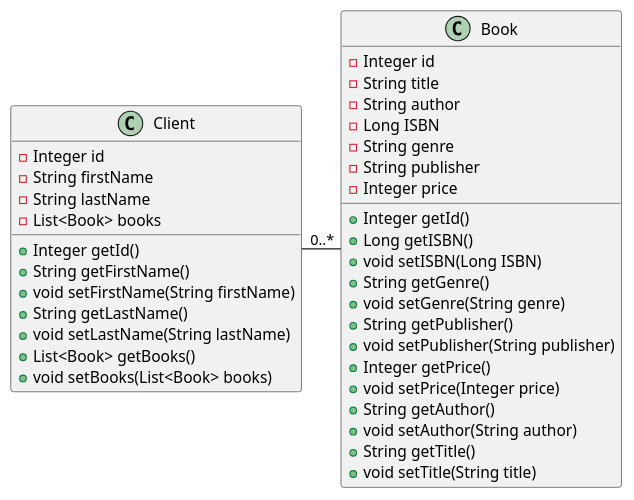
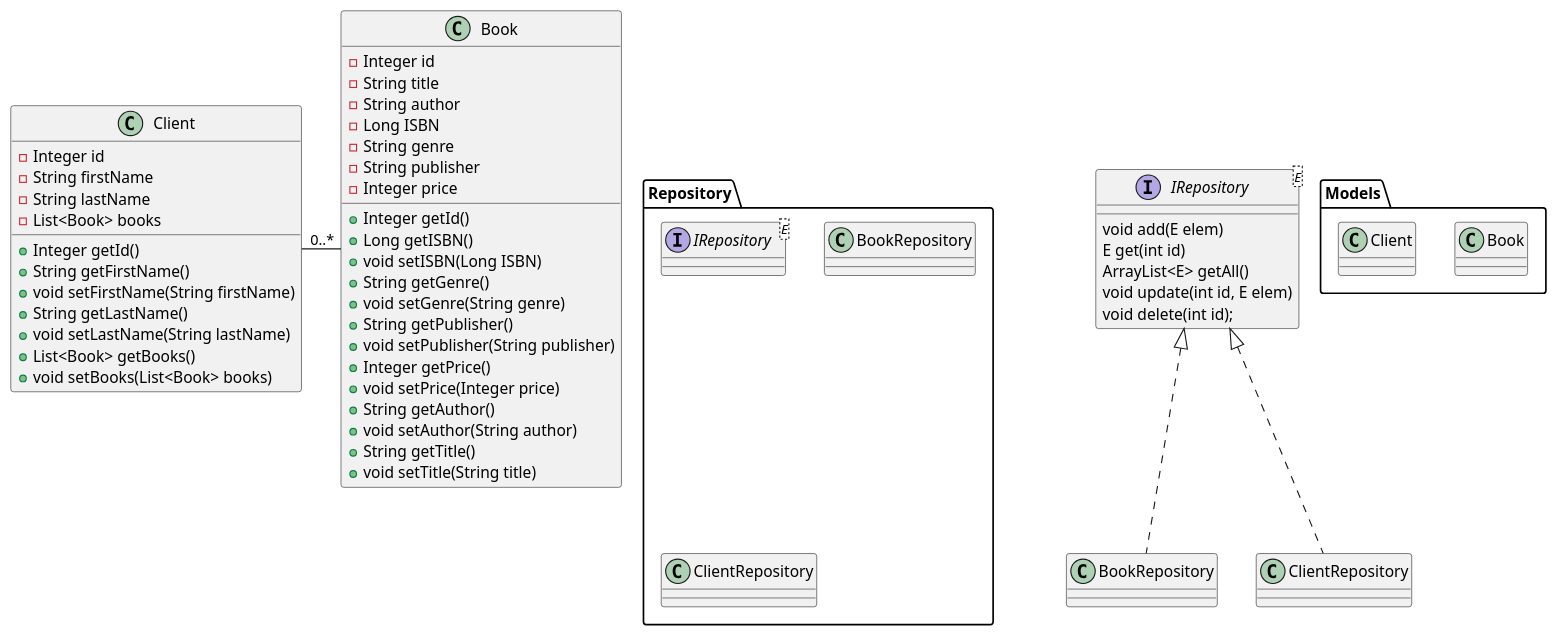
Before and after one commit to victorursan/BookStore: the diagram in src/Documentation/UMLBookStore.puml, drawn with PlantUML.

Commit message:
added in UMLBookSore Repository package

```diff
--- a/src/Documentation/UMLBookStore.puml
+++ b/src/Documentation/UMLBookStore.puml
@@ -1,43 +1,65 @@
 @startuml
+
+package Models {
+class Book
+class Client
+}
+
+package Repository {
+interface IRepository<E>
+class BookRepository
+class ClientRepository
+}
 
 class Book {
     - Integer id
     - String title
     - String author
     - Long ISBN
     - String genre
     - String publisher
     - Integer price
     + Integer getId()
     + Long getISBN()
     + void setISBN(Long ISBN)
     + String getGenre()
     + void setGenre(String genre)
     + String getPublisher()
     + void setPublisher(String publisher)
     + Integer getPrice()
     + void setPrice(Integer price)
     + String getAuthor()
     + void setAuthor(String author)
     + String getTitle()
     + void setTitle(String title)
 }
 
+
 class Client {
     - Integer id
     - String firstName
     - String lastName
     - List<Book> books
     + Integer getId()
     + String getFirstName()
     + void setFirstName(String firstName)
     + String getLastName()
     + void setLastName(String lastName)
     + List<Book> getBooks()
     + void setBooks(List<Book> books)
 }
 
 Client - "0..*" Book
 
+interface IRepository<E> {
+    void add(E elem)
+    E get(int id)
+    ArrayList<E> getAll()
+    void update(int id, E elem)
+    void delete(int id);
+}
+
+class BookRepository implements IRepository
+class ClientRepository implements IRepository
 
 @enduml
```
